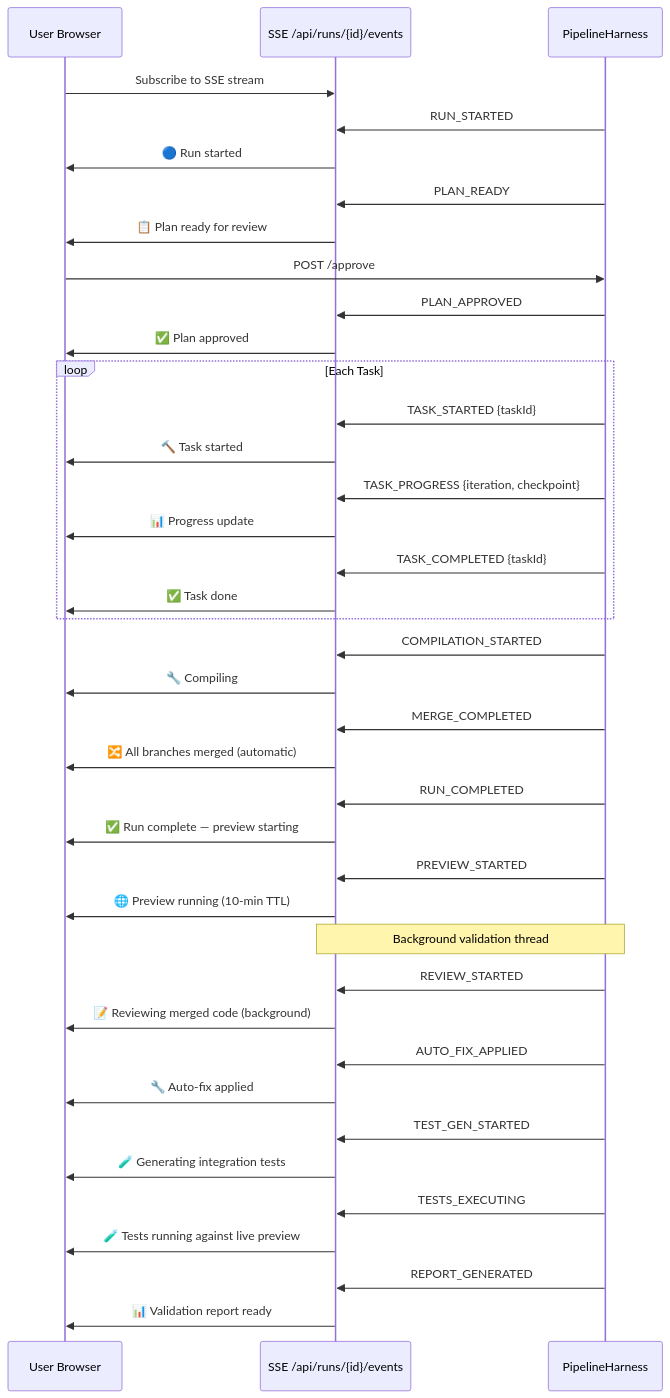
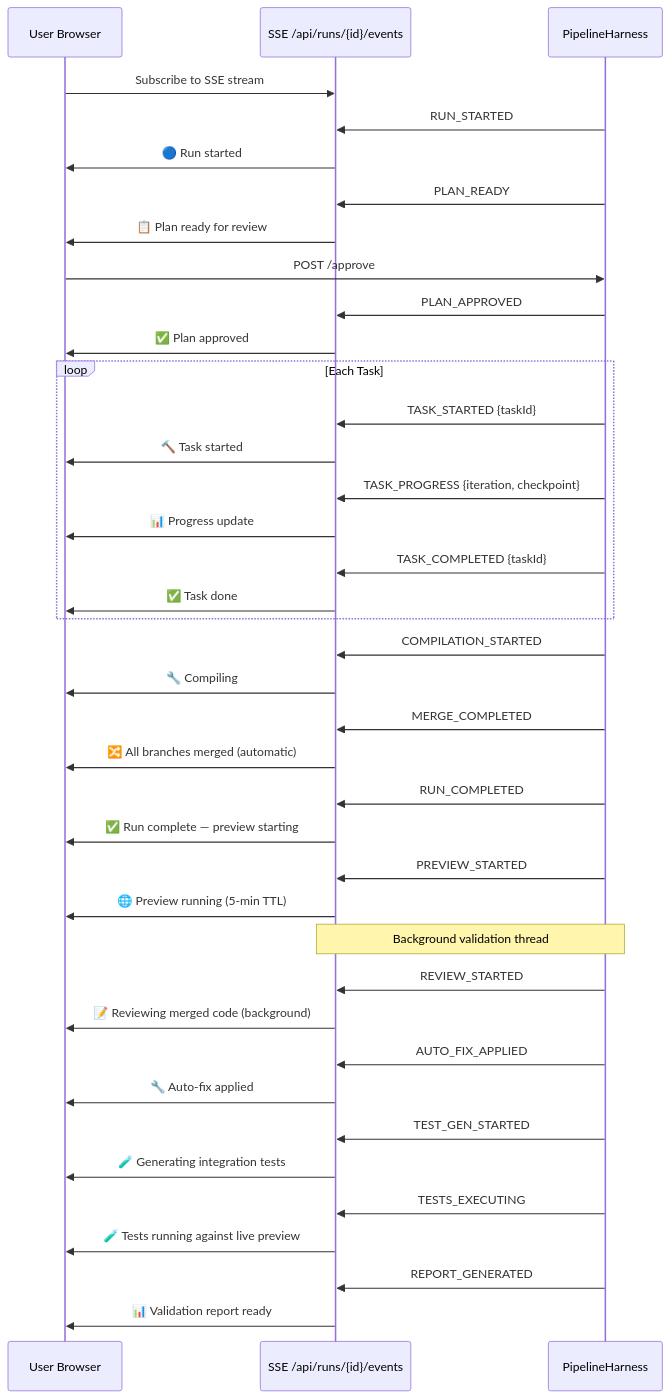
Before and after one commit to navneetprabhakar/executespec: the second of 25 diagrams in docs/WORKFLOWS.md, drawn with Mermaid. The commit also changed other lines of this file and 14 other files, not shown here.

First line of the commit message:
fix: preview iframe color overlap, unify TTL to 5 min across all config and docs

````diff
--- a/docs/WORKFLOWS.md
+++ b/docs/WORKFLOWS.md
@@ -90,42 +90,42 @@
 ```mermaid
 sequenceDiagram
     participant U as User Browser
     participant S as SSE /api/runs/{id}/events
     participant P as PipelineHarness
 
     U->>S: Subscribe to SSE stream
     P->>S: RUN_STARTED
     S->>U: 🔵 Run started
     P->>S: PLAN_READY
     S->>U: 📋 Plan ready for review
     U->>P: POST /approve
     P->>S: PLAN_APPROVED
     S->>U: ✅ Plan approved
     loop Each Task
         P->>S: TASK_STARTED {taskId}
         S->>U: 🔨 Task started
         P->>S: TASK_PROGRESS {iteration, checkpoint}
         S->>U: 📊 Progress update
         P->>S: TASK_COMPLETED {taskId}
         S->>U: ✅ Task done
     end
     P->>S: COMPILATION_STARTED
     S->>U: 🔧 Compiling
     P->>S: MERGE_COMPLETED
     S->>U: 🔀 All branches merged (automatic)
     P->>S: RUN_COMPLETED
     S->>U: ✅ Run complete — preview starting
     P->>S: PREVIEW_STARTED
-    S->>U: 🌐 Preview running (10-min TTL)
+    S->>U: 🌐 Preview running (5-min TTL)
     Note over P,S: Background validation thread
     P->>S: REVIEW_STARTED
     S->>U: 📝 Reviewing merged code (background)
     P->>S: AUTO_FIX_APPLIED
     S->>U: 🔧 Auto-fix applied
     P->>S: TEST_GEN_STARTED
     S->>U: 🧪 Generating integration tests
     P->>S: TESTS_EXECUTING
     S->>U: 🧪 Tests running against live preview
     P->>S: REPORT_GENERATED
     S->>U: 📊 Validation report ready
 ```
````
